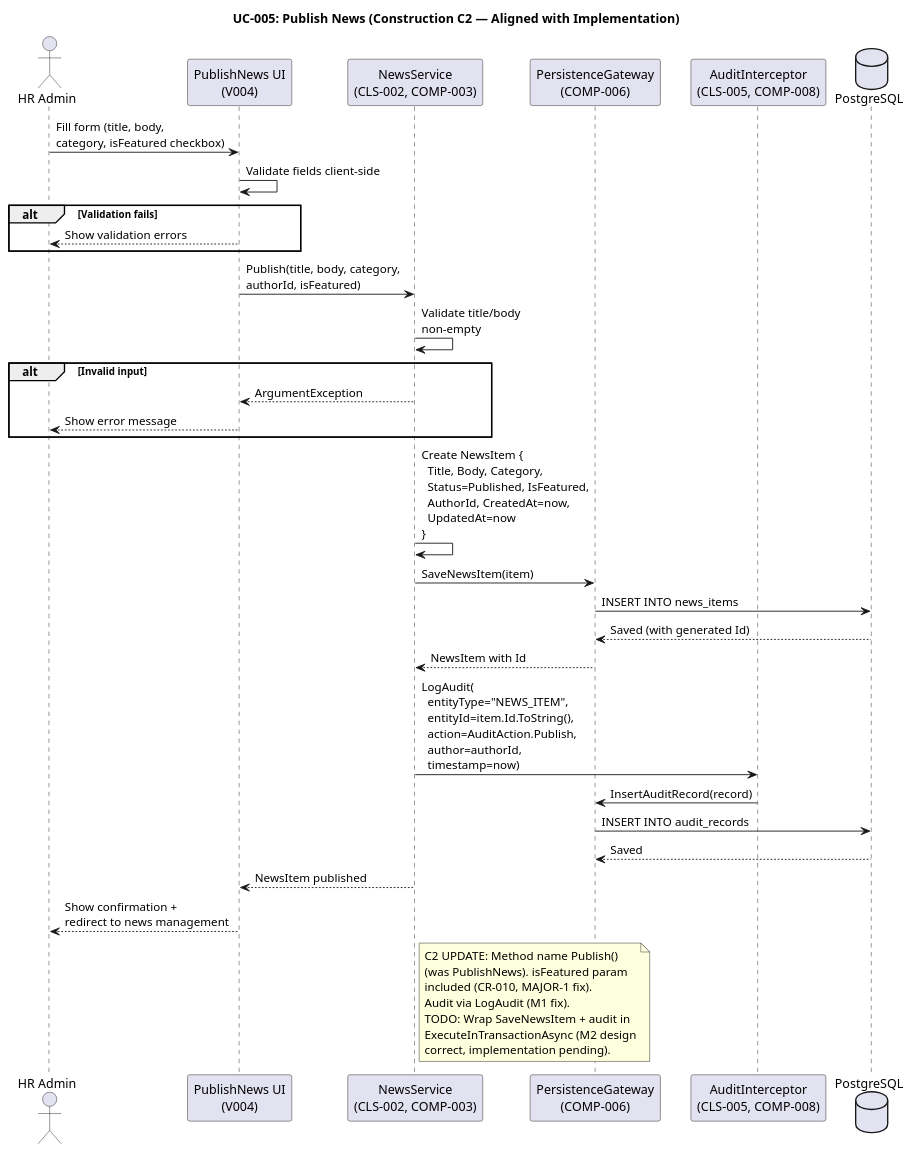
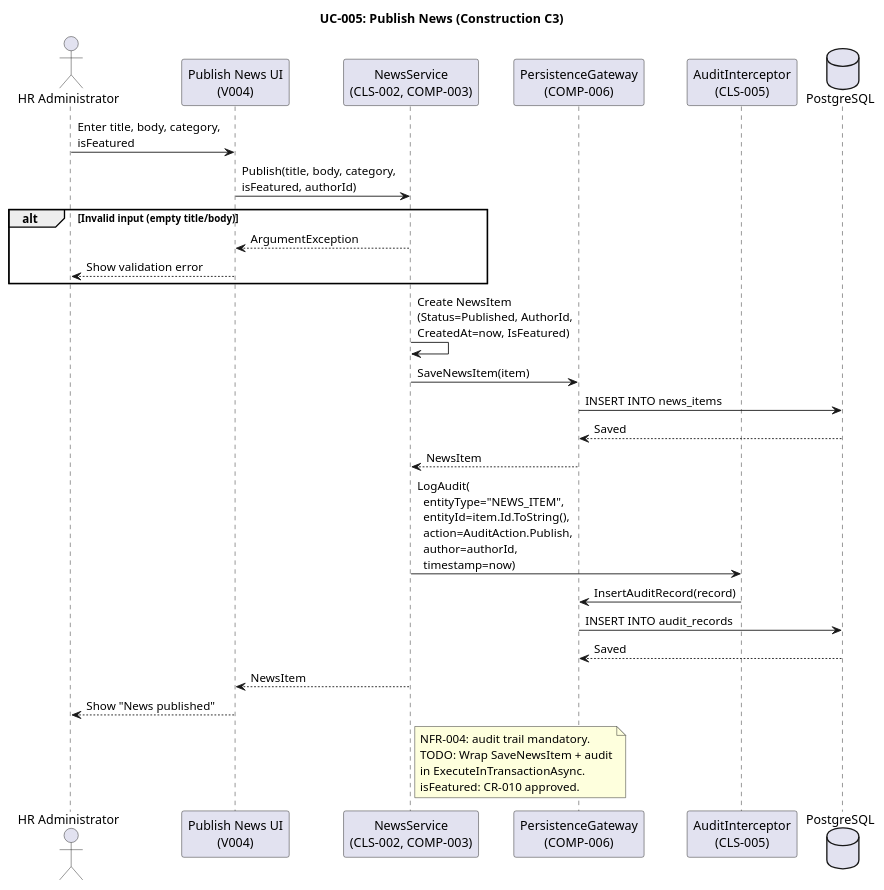
One commit to banense-test/portal-cuba-corp changed the sixth of 31 diagrams in docs/artifacts/analysis---design/design-model.md. Above: the diagram before and after it, drawn with PlantUML. The commit also changed other lines of this file, not shown here.

First line of the commit message:
Designer [C3]: upsert Design Model

````diff
--- a/docs/artifacts/analysis---design/design-model.md
+++ b/docs/artifacts/analysis---design/design-model.md
@@ -490,54 +448,42 @@
 ```plantuml
 @startuml
-title UC-005: Publish News (Construction C2 — Aligned with Implementation)
+title UC-005: Publish News (Construction C3)
 
-actor "HR Admin" as HR
-participant "PublishNews UI\n(V004)" as UI
+actor "HR Administrator" as HR
+participant "Publish News UI\n(V004)" as UI
 participant "NewsService\n(CLS-002, COMP-003)" as SVC
 participant "PersistenceGateway\n(COMP-006)" as DB
-participant "AuditInterceptor\n(CLS-005, COMP-008)" as AUDIT
+participant "AuditInterceptor\n(CLS-005)" as AUDIT
 database "PostgreSQL" as PG
 
-HR -> UI : Fill form (title, body,\ncategory, isFeatured checkbox)
-UI -> UI : Validate fields client-side
+HR -> UI : Enter title, body, category,\nisFeatured
+UI -> SVC : Publish(title, body, category,\nisFeatured, authorId)
 
-alt Validation fails
-  UI --> HR : Show validation errors
+alt Invalid input (empty title/body)
+  SVC --> UI : ArgumentException
+  UI --> HR : Show validation error
 end
 
-UI -> SVC : Publish(title, body, category,\nauthorId, isFeatured)
-
-SVC -> SVC : Validate title/body\nnon-empty
-
-alt Invalid input
-  SVC --> UI : ArgumentException
-  UI --> HR : Show error message
-end
-
-SVC -> SVC : Create NewsItem {\n  Title, Body, Category,\n  Status=Published, IsFeatured,\n  AuthorId, CreatedAt=now,\n  UpdatedAt=now\n}
-
+SVC -> SVC : Create NewsItem\n(Status=Published, AuthorId,\nCreatedAt=now, IsFeatured)
 SVC -> DB : SaveNewsItem(item)
 DB -> PG : INSERT INTO news_items
-PG --> DB : Saved (with generated Id)
-DB --> SVC : NewsItem with Id
+PG --> DB : Saved
+DB --> SVC : NewsItem
 
 SVC -> AUDIT : LogAudit(\n  entityType="NEWS_ITEM",\n  entityId=item.Id.ToString(),\n  action=AuditAction.Publish,\n  author=authorId,\n  timestamp=now)
 AUDIT -> DB : InsertAuditRecord(record)
 DB -> PG : INSERT INTO audit_records
 PG --> DB : Saved
 
-SVC --> UI : NewsItem published
-UI --> HR : Show confirmation +\nredirect to news management
+SVC --> UI : NewsItem
+UI --> HR : Show "News published"
 
 note right of SVC
-  C2 UPDATE: Method name Publish()
-  (was PublishNews). isFeatured param
-  included (CR-010, MAJOR-1 fix).
-  Audit via LogAudit (M1 fix).
-  TODO: Wrap SaveNewsItem + audit in
-  ExecuteInTransactionAsync (M2 design
-  correct, implementation pending).
+  NFR-004: audit trail mandatory.
+  TODO: Wrap SaveNewsItem + audit
+  in ExecuteInTransactionAsync.
+  isFeatured: CR-010 approved.
 end note
 
 @enduml
 ```
````
